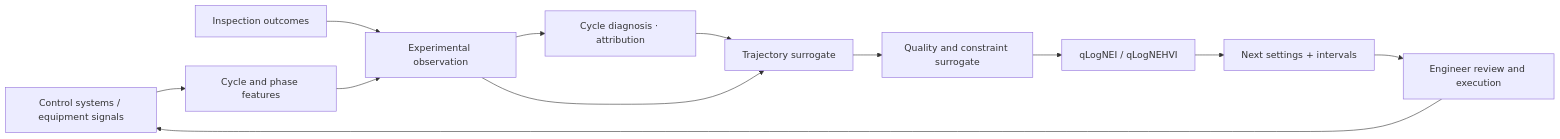
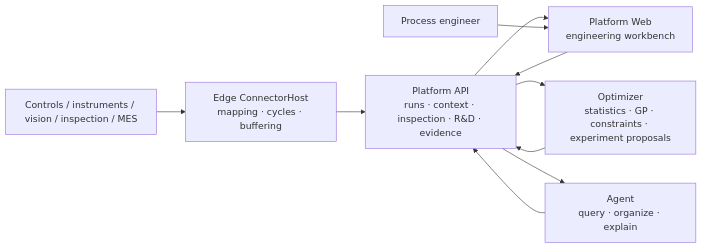
The diagram in README.en.md (liuweichaox/Ingot), drawn with Mermaid before and after one commit. The commit also changed other lines of this file and 76 other files, not shown here.

````diff
--- a/README.en.md
+++ b/README.en.md
@@ -51,14 +98,12 @@
 ```mermaid
 flowchart LR
-    A["Control systems / equipment signals"] --> B["Cycle and phase features"]
-    C["Inspection outcomes"] --> D["Experimental observation"]
-    B --> D
-    D --> J["Cycle diagnosis · attribution"]
-    J --> E["Trajectory surrogate"]
-    D --> E
-    E --> F["Quality and constraint surrogate"]
-    F --> G["qLogNEI / qLogNEHVI"]
-    G --> H["Next settings + intervals"]
-    H --> I["Engineer review and execution"]
-    I --> A
+    Sources["Controls / instruments / vision / inspection / MES"] --> Edge["Edge ConnectorHost\nmapping · cycles · buffering"]
+    Edge --> Platform["Platform API\nruns · context · inspection · R&D · evidence"]
+    Platform --> Web["Platform Web\nengineering workbench"]
+    Platform --> Optimizer["Optimizer\nstatistics · GP · constraints · experiment proposals"]
+    Platform --> Agent["Agent\nquery · organize · explain"]
+    Engineer["Process engineer"] --> Web
+    Web --> Platform
+    Optimizer --> Platform
+    Agent --> Platform
 ```
````
